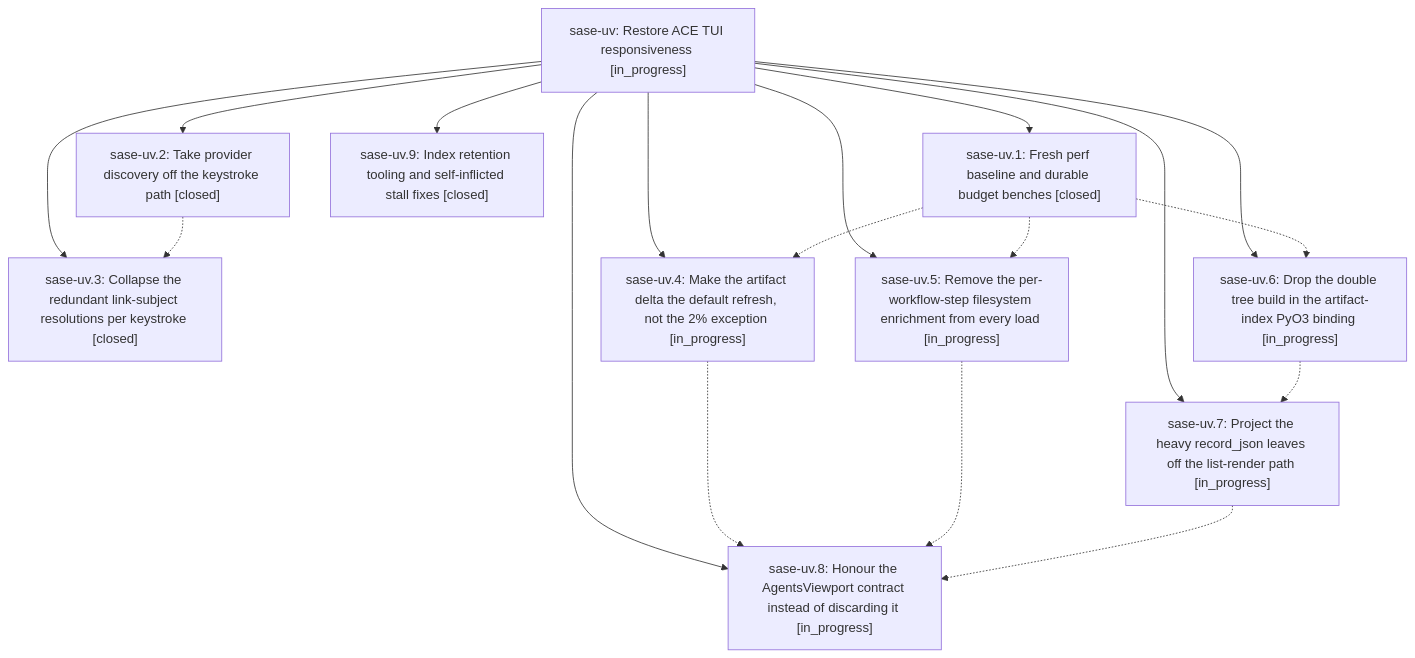
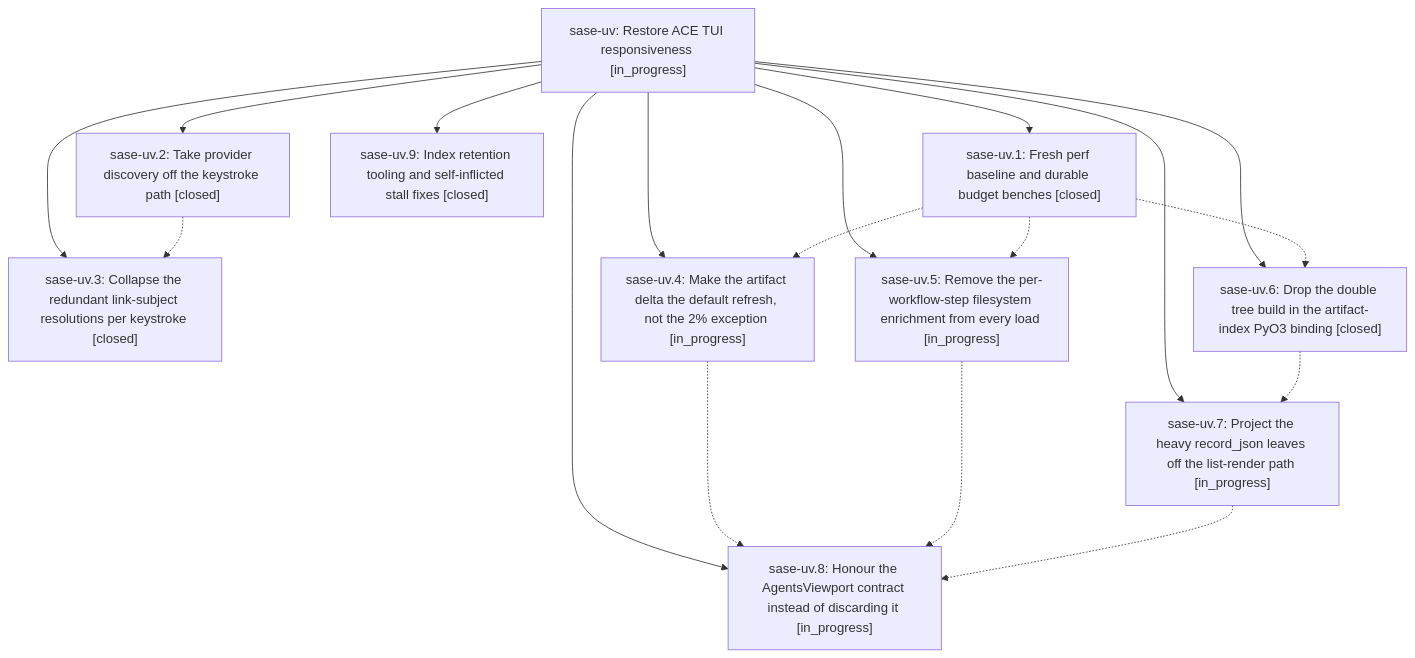
One commit to sase-org/sase--beads changed the diagram in pages/sase-uv/README.md. Above: the diagram before and after it, drawn with Mermaid. The commit also changed other lines of this file and 4 other files, not shown here.

````diff
--- a/pages/sase-uv/README.md
+++ b/pages/sase-uv/README.md
@@ -42,30 +42,30 @@
 ```mermaid
 flowchart TD
     n0["sase-uv: Restore ACE TUI responsiveness [in_progress]"]
     n1["sase-uv.1: Fresh perf baseline and durable budget benches [closed]"]
     n2["sase-uv.2: Take provider discovery off the keystroke path [closed]"]
     n3["sase-uv.3: Collapse the redundant link-subject resolutions per keystroke [closed]"]
     n4["sase-uv.4: Make the artifact delta the default refresh, not the 2% exception [in_progress]"]
     n5["sase-uv.5: Remove the per-workflow-step filesystem enrichment from every load [in_progress]"]
-    n6["sase-uv.6: Drop the double tree build in the artifact-index PyO3 binding [in_progress]"]
+    n6["sase-uv.6: Drop the double tree build in the artifact-index PyO3 binding [closed]"]
     n7["sase-uv.7: Project the heavy record_json leaves off the list-render path [in_progress]"]
     n8["sase-uv.8: Honour the AgentsViewport contract instead of discarding it [in_progress]"]
     n9["sase-uv.9: Index retention tooling and self-inflicted stall fixes [closed]"]
     n0 --> n1
     n0 --> n2
     n0 --> n3
     n0 --> n4
     n0 --> n5
     n0 --> n6
     n0 --> n7
     n0 --> n8
     n0 --> n9
     n1 -.-> n4
     n1 -.-> n5
     n1 -.-> n6
     n2 -.-> n3
     n4 -.-> n8
     n5 -.-> n8
     n6 -.-> n7
     n7 -.-> n8
 ```
````
